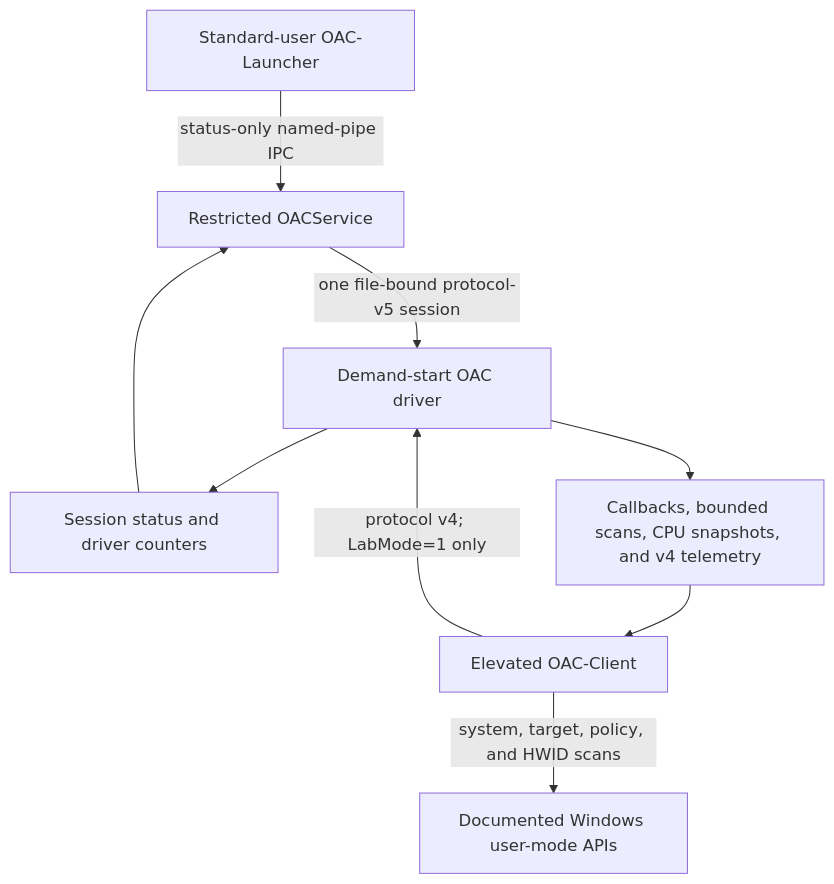
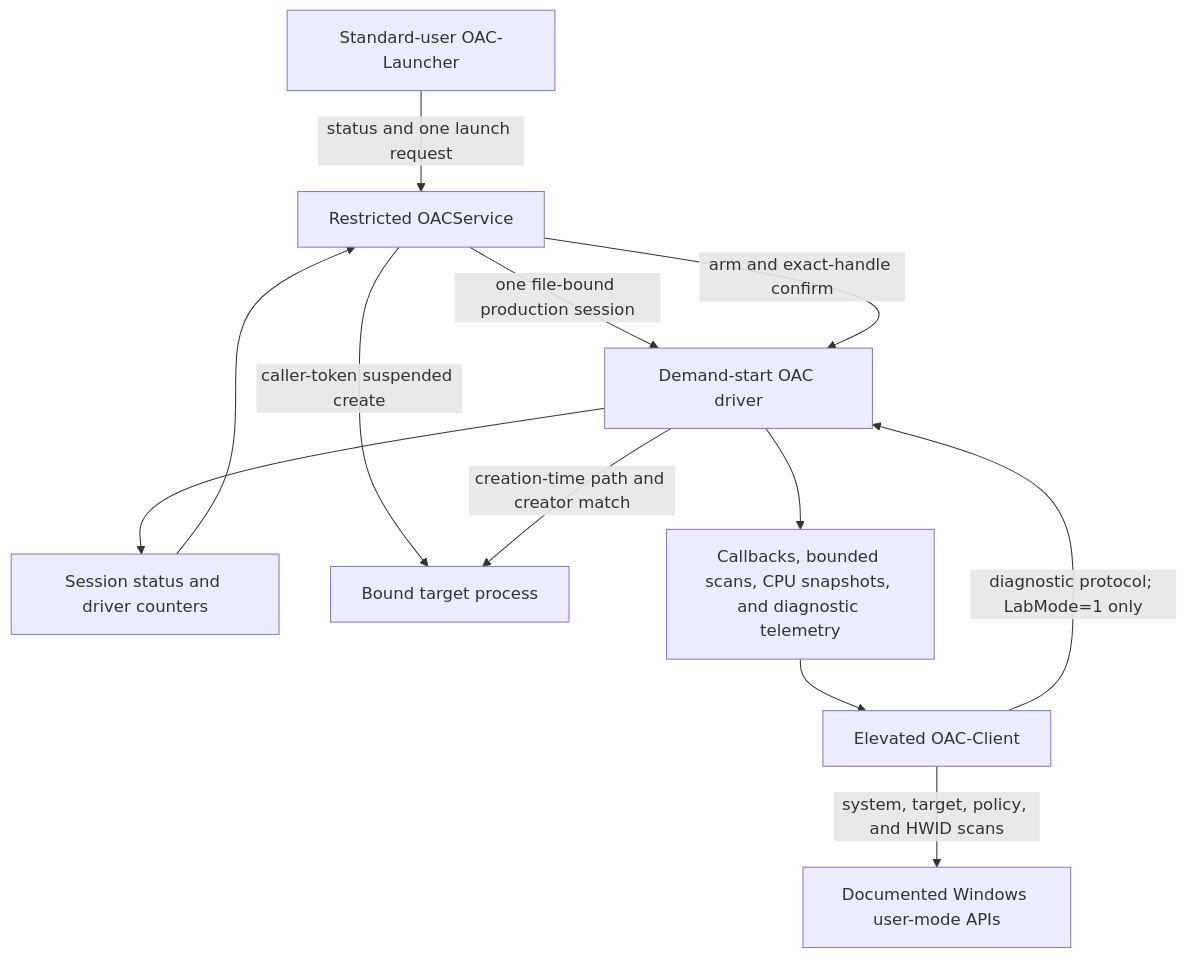
The diagram in docs/ARCHITECTURE.md (lauralex/OAC), drawn with Mermaid before and after one commit. The commit also changed other lines of this file and 27 other files, not shown here.

````diff
--- a/docs/ARCHITECTURE.md
+++ b/docs/ARCHITECTURE.md
@@ -10,12 +10,15 @@
 ```mermaid
 flowchart TD
-    L["Standard-user OAC-Launcher"] -->|"status-only named-pipe IPC"| S["Restricted OACService"]
-    S -->|"one file-bound protocol-v5 session"| D["Demand-start OAC driver"]
+    L["Standard-user OAC-Launcher"] -->|"status and one launch request"| S["Restricted OACService"]
+    S -->|"one file-bound production session"| D["Demand-start OAC driver"]
     D --> C["Session status and driver counters"]
     C --> S
+    S -->|"caller-token suspended create"| T["Bound target process"]
+    S -->|"arm and exact-handle confirm"| D
+    D -->|"creation-time path and creator match"| T
 
-    X["Elevated OAC-Client"] -->|"protocol v4; LabMode=1 only"| D
+    X["Elevated OAC-Client"] -->|"diagnostic protocol; LabMode=1 only"| D
     X -->|"system, target, policy, and HWID scans"| W["Documented Windows user-mode APIs"]
-    D --> K["Callbacks, bounded scans, CPU snapshots, and v4 telemetry"]
+    D --> K["Callbacks, bounded scans, CPU snapshots, and diagnostic telemetry"]
     K --> X
 ```
````
